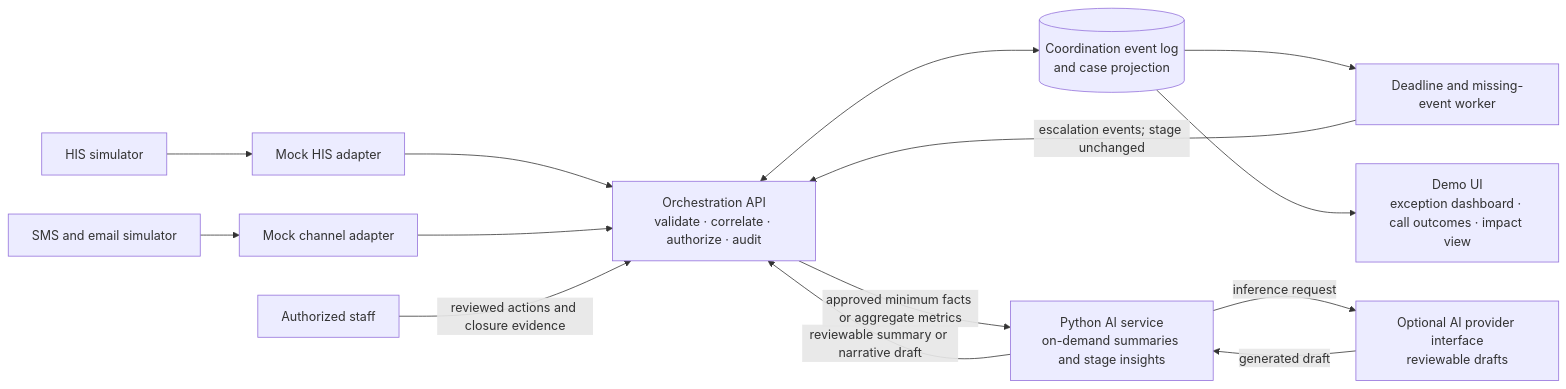
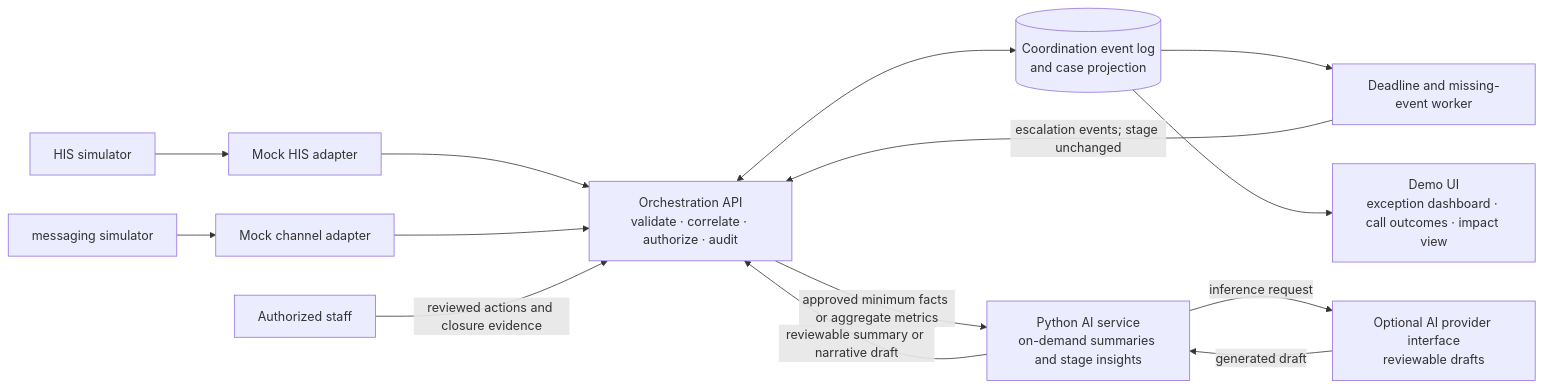
Before and after one commit to savannah-pulse/care-loop: the first of 2 diagrams in docs/ai-design/architecture.md, drawn with Mermaid. The commit also changed other lines of this file and 244 other files, not shown here.

First line of the commit message:
Rename patient-channel simulator to messaging

````diff
--- a/docs/ai-design/architecture.md
+++ b/docs/ai-design/architecture.md
@@ -11,26 +11,26 @@
 ```mermaid
 flowchart LR
     HIS[HIS simulator]
-    CHANNEL[SMS and email simulator]
+    CHANNEL[messaging simulator]
     HISADAPTER[Mock HIS adapter]
     CHANNELADAPTER[Mock channel adapter]
     API[Orchestration API<br/>validate · correlate · authorize · audit]
     STORE[(Coordination event log<br/>and case projection)]
     WORKER[Deadline and missing-event worker]
     UI[Demo UI<br/>exception dashboard · call outcomes · impact view]
     AIWORKFLOW[Python AI service<br/>on-demand summaries and stage insights]
     AIPROVIDER[Optional AI provider interface<br/>reviewable drafts]
     HUMAN[Authorized staff]
 
     HIS --> HISADAPTER --> API
     CHANNEL --> CHANNELADAPTER --> API
     API <--> STORE
     STORE --> WORKER
     WORKER -->|escalation events; stage unchanged| API
     STORE --> UI
     HUMAN -->|reviewed actions and closure evidence| API
     API -->|approved minimum facts or aggregate metrics| AIWORKFLOW
     AIWORKFLOW -->|reviewable summary or narrative draft| API
     AIWORKFLOW -->|inference request| AIPROVIDER
     AIPROVIDER -->|generated draft| AIWORKFLOW
 ```
````
